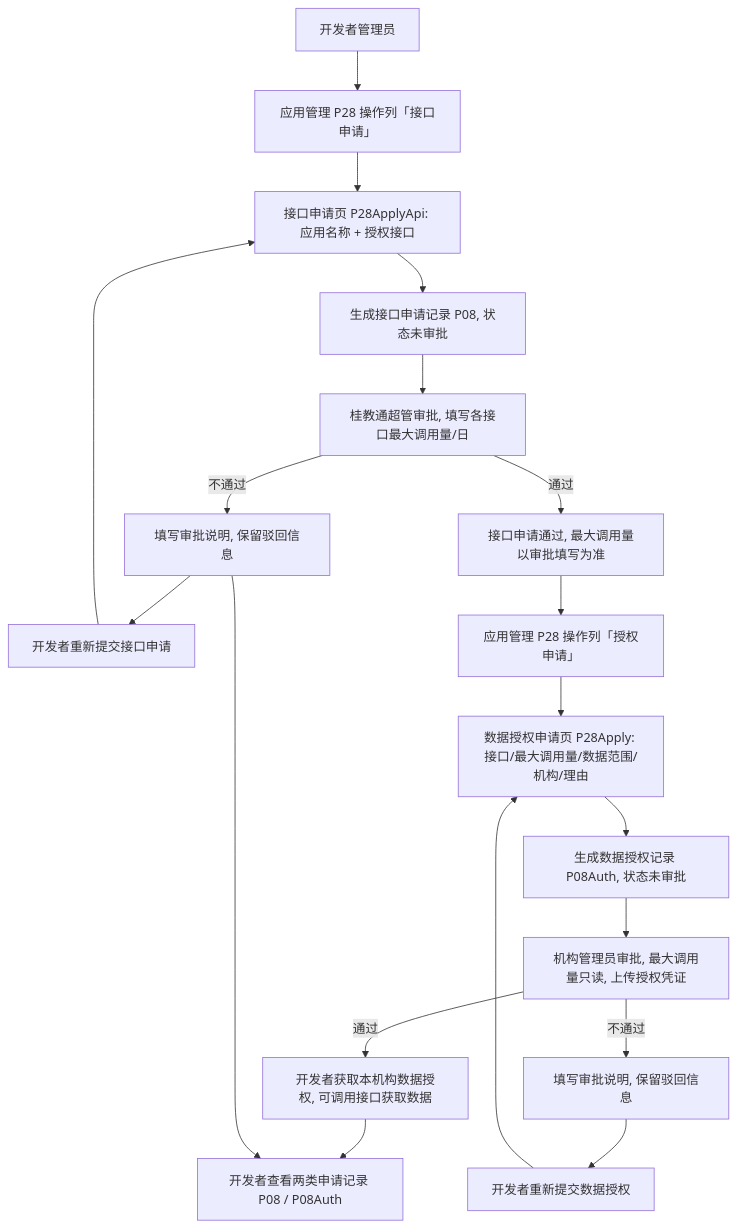
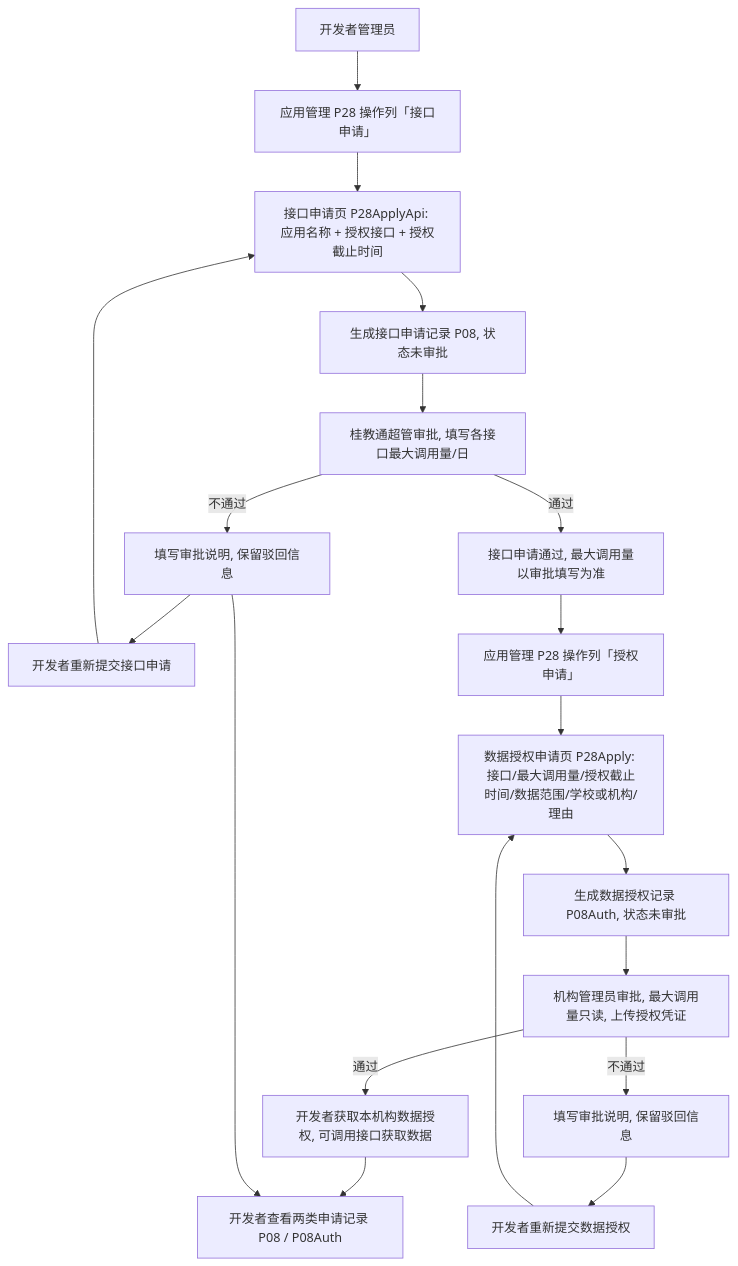
Before and after one commit to sunmei119/capPlatform: the third of 8 diagrams in output/prd/prd.md, drawn with Mermaid. The commit also changed other lines of this file and 2 other files, not shown here.

````diff
--- a/output/prd/prd.md
+++ b/output/prd/prd.md
@@ -135,21 +142,21 @@
 ```mermaid
 flowchart TD
     A[开发者管理员] --> B[应用管理 P28 操作列「接口申请」]
-    B --> C[接口申请页 P28ApplyApi: 应用名称 + 授权接口]
+    B --> C[接口申请页 P28ApplyApi: 应用名称 + 授权接口 + 授权截止时间]
     C --> D[生成接口申请记录 P08, 状态未审批]
     D --> E[桂教通超管审批, 填写各接口最大调用量/日]
     E -- 不通过 --> F[填写审批说明, 保留驳回信息]
     E -- 通过 --> G[接口申请通过, 最大调用量以审批填写为准]
     F --> M[开发者重新提交接口申请]
     M --> C
     G --> H[应用管理 P28 操作列「授权申请」]
-    H --> I[数据授权申请页 P28Apply: 接口/最大调用量/数据范围/机构/理由]
+    H --> I[数据授权申请页 P28Apply: 接口/最大调用量/授权截止时间/数据范围/学校或机构/理由]
     I --> J[生成数据授权记录 P08Auth, 状态未审批]
     J --> K[机构管理员审批, 最大调用量只读, 上传授权凭证]
     K -- 不通过 --> L[填写审批说明, 保留驳回信息]
     K -- 通过 --> N[开发者获取本机构数据授权, 可调用接口获取数据]
     L --> O[开发者重新提交数据授权]
     O --> I
     N --> P[开发者查看两类申请记录 P08 / P08Auth]
     F --> P
 ```
````
